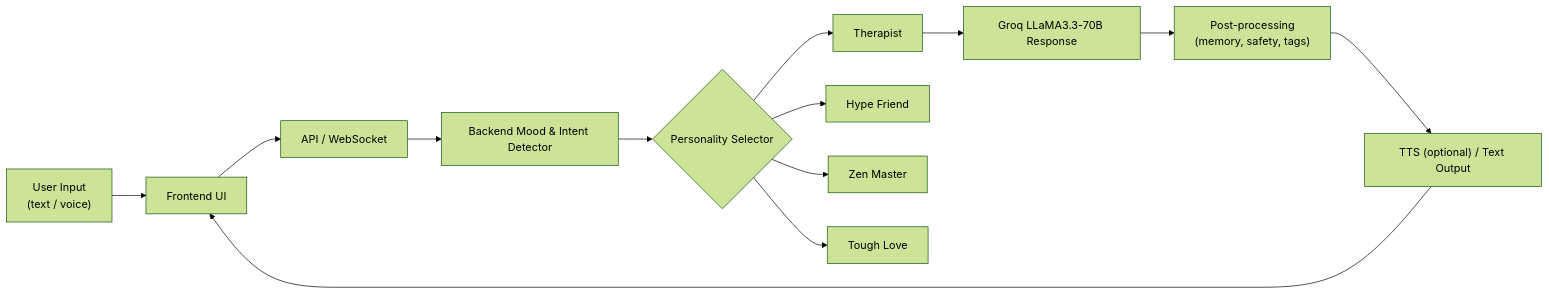
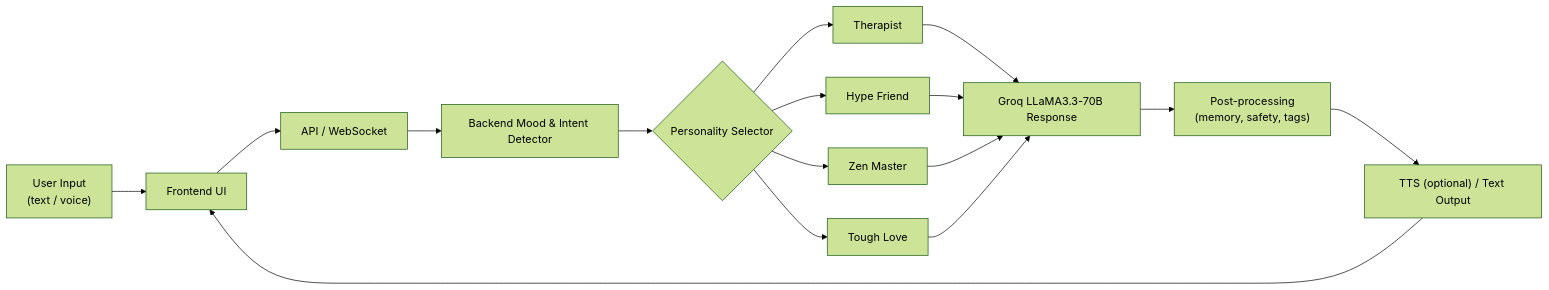
Before and after one commit to dharani25007-code/CODSOFT: the first of 5 diagrams in README.md, drawn with Mermaid (forest theme). The commit also changed other lines of this file and 5 other files, not shown here.

````diff
--- a/README.md
+++ b/README.md
@@ -66,15 +66,18 @@
 ```mermaid
 flowchart LR
     U["User Input<br>(text / voice)"] --> F["Frontend UI"]
     F --> API["API / WebSocket"]
     API --> MD["Backend Mood & Intent Detector"]
     MD --> PS{Personality Selector}
     PS --> P1[Therapist]
     PS --> P2["Hype Friend"]
     PS --> P3["Zen Master"]
     PS --> P4["Tough Love"]
     P1 --> RESP["Groq LLaMA3.3-70B Response"]
+    P2 --> RESP
+    P3 --> RESP
+    P4 --> RESP
     RESP --> PP["Post-processing<br>(memory, safety, tags)"]
     PP --> OUT["TTS (optional) / Text Output"]
     OUT --> F
 ```
````
